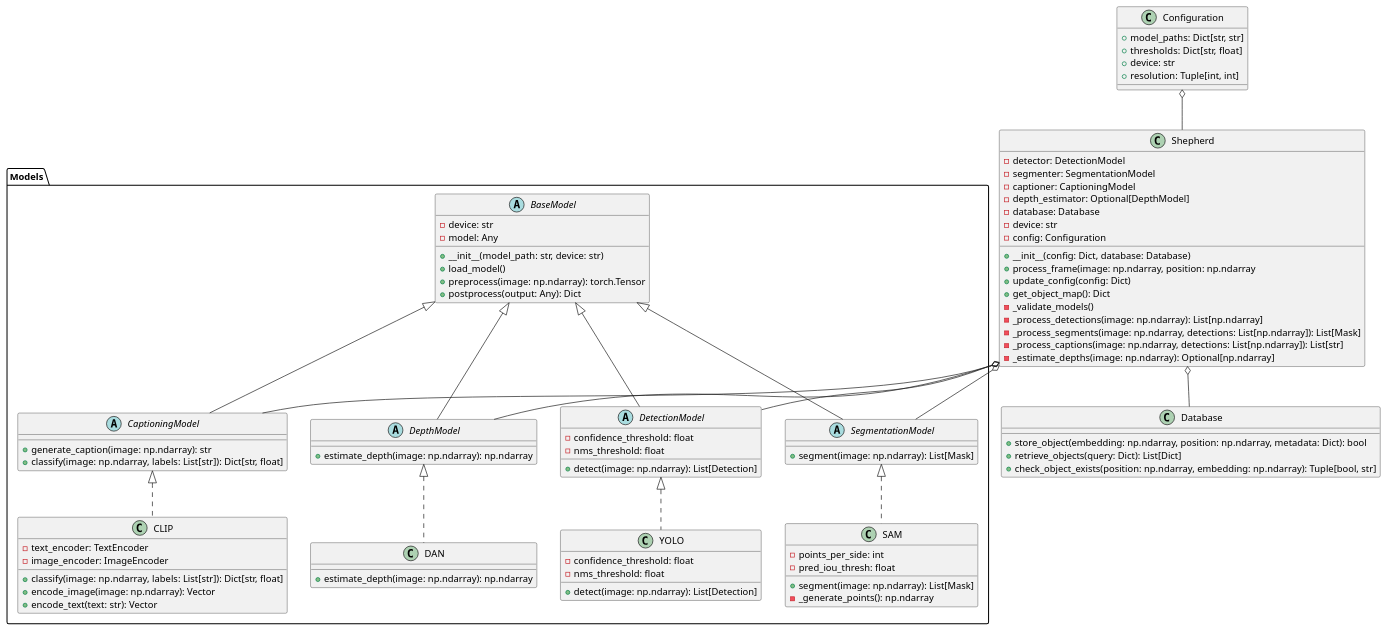
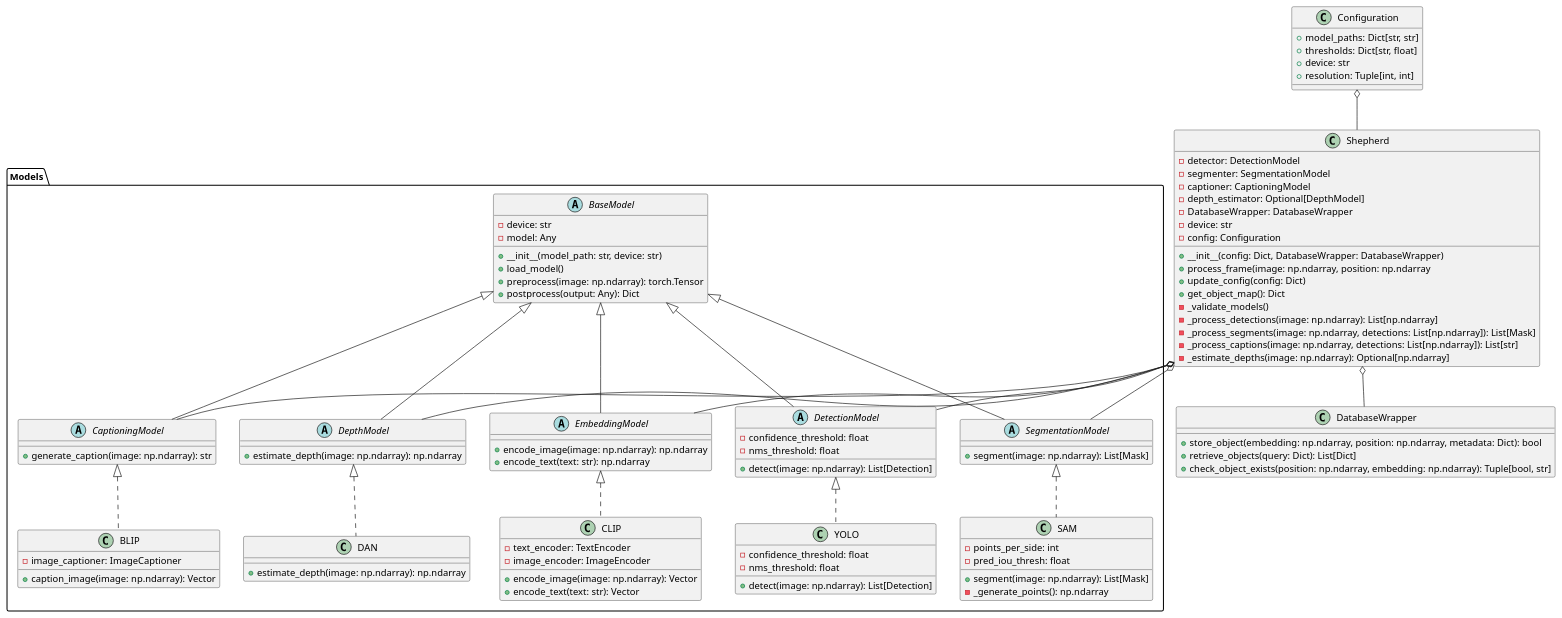
One commit to lagi-mtl/shepherd changed the diagram in doc/class_diagram.puml. Above: the diagram before and after it, drawn with PlantUML. The commit also changed 11 other files, not shown here.

```diff
--- a/doc/class_diagram.puml
+++ b/doc/class_diagram.puml
@@ -1,114 +1,129 @@
 @startuml Vision Shepherd System
 
 ' Abstract base classes and interfaces
 package "Models" {
     abstract class BaseModel {
         - device: str
         - model: Any
         + __init__(model_path: str, device: str)
         + load_model()
         + preprocess(image: np.ndarray): torch.Tensor
         + postprocess(output: Any): Dict
     }
 
     abstract class DetectionModel {
         - confidence_threshold: float
         - nms_threshold: float
         + detect(image: np.ndarray): List[Detection]
     }
 
     abstract class SegmentationModel {
         + segment(image: np.ndarray): List[Mask]
     }
 
     abstract class CaptioningModel {
         + generate_caption(image: np.ndarray): str
-        + classify(image: np.ndarray, labels: List[str]): Dict[str, float]
     }
 
     abstract class DepthModel {
         + estimate_depth(image: np.ndarray): np.ndarray
     }
+
+    abstract class EmbeddingModel {
+        + encode_image(image: np.ndarray): np.ndarray
+        + encode_text(text: str): np.ndarray
+    }
+
 
     ' Concrete implementations
     class YOLO {
         - confidence_threshold: float
         - nms_threshold: float
         + detect(image: np.ndarray): List[Detection]
     }
 
     class SAM {
         - points_per_side: int
         - pred_iou_thresh: float
         + segment(image: np.ndarray): List[Mask]
         - _generate_points(): np.ndarray
     }
 
     class CLIP {
         - text_encoder: TextEncoder
         - image_encoder: ImageEncoder
-        + classify(image: np.ndarray, labels: List[str]): Dict[str, float]
         + encode_image(image: np.ndarray): Vector
         + encode_text(text: str): Vector
+    }
+
+
+    class BLIP {
+        - image_captioner: ImageCaptioner
+        + caption_image(image: np.ndarray): Vector
     }
 
     class DAN {
         + estimate_depth(image: np.ndarray): np.ndarray
     }
 }
 
-' Database component
-class Database {
+' DatabaseWrapper component
+class DatabaseWrapper {
     + store_object(embedding: np.ndarray, position: np.ndarray, metadata: Dict): bool
     + retrieve_objects(query: Dict): List[Dict]
     + check_object_exists(position: np.ndarray, embedding: np.ndarray): Tuple[bool, str]
 }
+
+
 
 ' Main Shepherd class
 class Shepherd {
     - detector: DetectionModel
     - segmenter: SegmentationModel
     - captioner: CaptioningModel
     - depth_estimator: Optional[DepthModel]
-    - database: Database
+    - DatabaseWrapper: DatabaseWrapper
     - device: str
     - config: Configuration
     
-    + __init__(config: Dict, database: Database)
+    + __init__(config: Dict, DatabaseWrapper: DatabaseWrapper)
     + process_frame(image: np.ndarray, position: np.ndarray
     + update_config(config: Dict)
     + get_object_map(): Dict
     - _validate_models()
     - _process_detections(image: np.ndarray): List[np.ndarray]
     - _process_segments(image: np.ndarray, detections: List[np.ndarray]): List[Mask]
     - _process_captions(image: np.ndarray, detections: List[np.ndarray]): List[str]
     - _estimate_depths(image: np.ndarray): Optional[np.ndarray]
 }
 ' Configuration
 class Configuration {
     + model_paths: Dict[str, str]
     + thresholds: Dict[str, float]
     + device: str
     + resolution: Tuple[int, int]
 }
 
 ' Relationships
 BaseModel <|-- DetectionModel
 BaseModel <|-- SegmentationModel
 BaseModel <|-- CaptioningModel
 BaseModel <|-- DepthModel
-
+BaseModel <|-- EmbeddingModel
 DetectionModel <|.. YOLO
 SegmentationModel <|.. SAM
 DepthModel <|.. DAN
-CaptioningModel <|.. CLIP
+CaptioningModel <|.. BLIP
+EmbeddingModel <|.. CLIP
+
 
 Shepherd o-- DetectionModel
 Shepherd o-- SegmentationModel
 Shepherd o-- CaptioningModel
 Shepherd o-- DepthModel
-Shepherd o-- Database
+Shepherd o-- EmbeddingModel
+Shepherd o-- DatabaseWrapper
 
 Configuration o-- Shepherd
 
 @enduml
```
